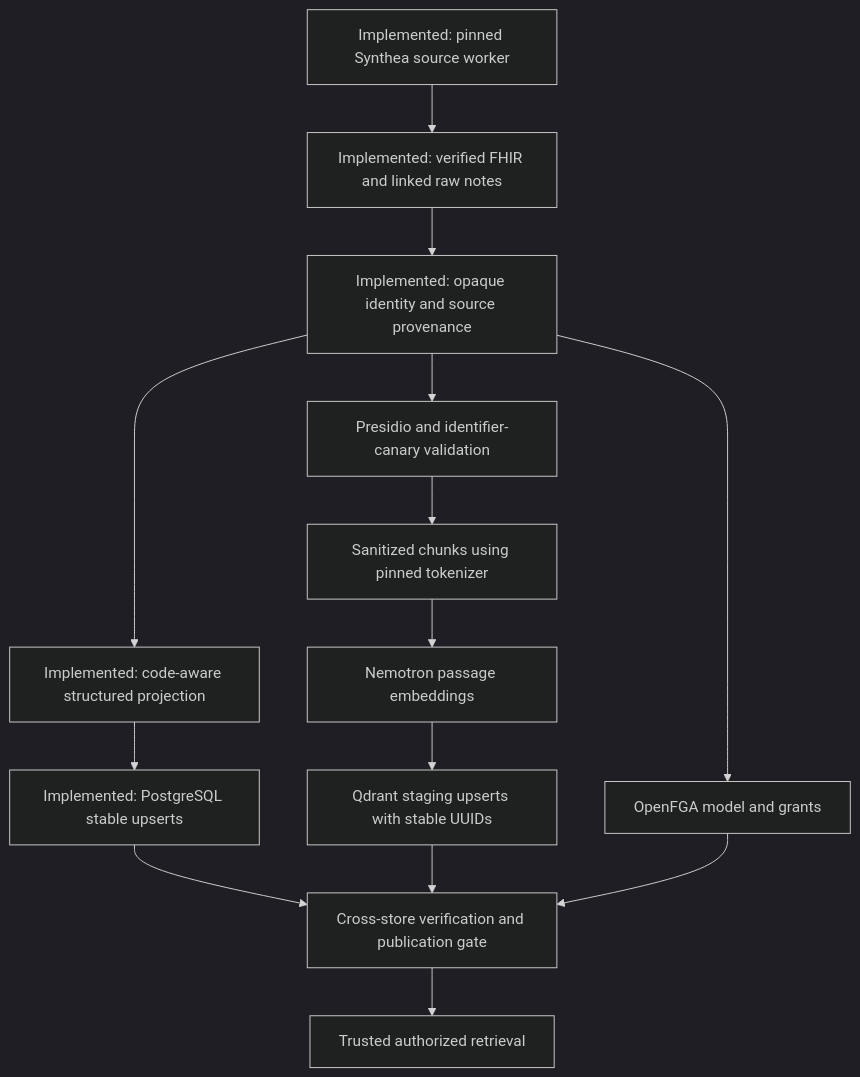
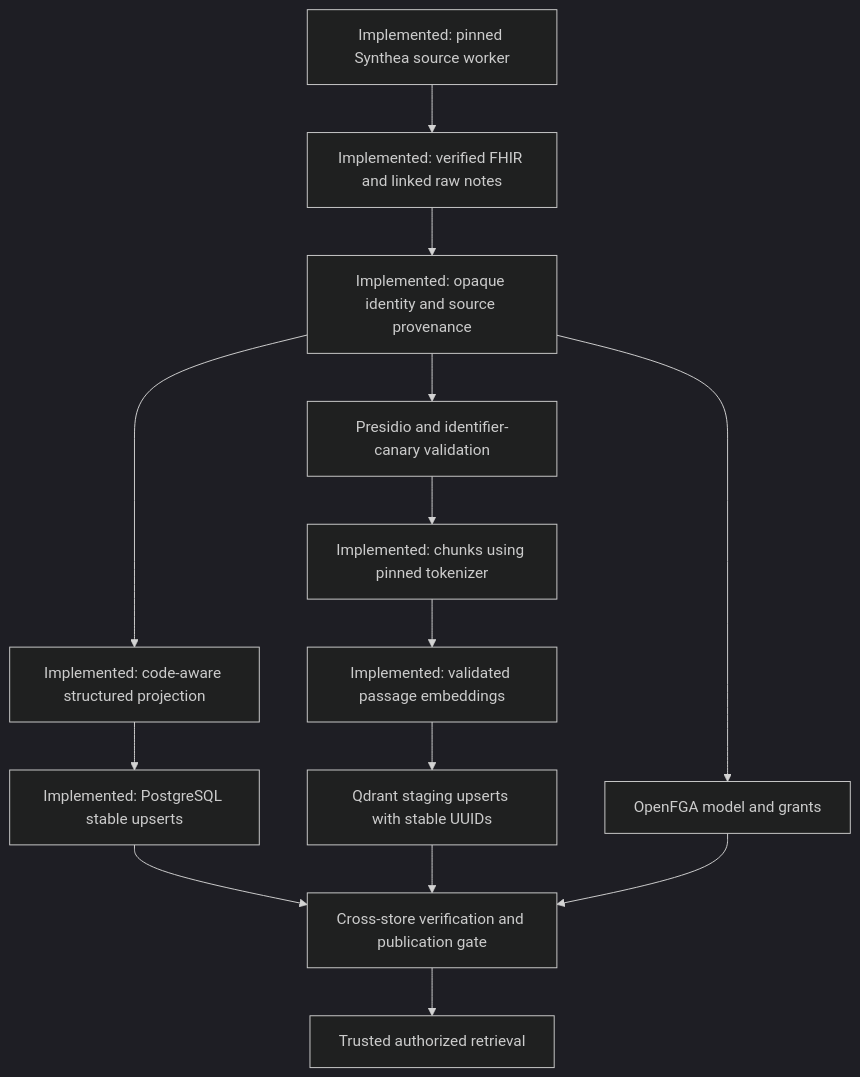
The diagram in backend/ingestion/RUNBOOK.md (Swiss-ai-Weeks/secure-clinical-agent), drawn with Mermaid (dark theme) before and after one commit. The commit also changed other lines of this file and 233 other files, not shown here.

````diff
--- a/backend/ingestion/RUNBOOK.md
+++ b/backend/ingestion/RUNBOOK.md
@@ -63,16 +63,16 @@
 ```mermaid
 flowchart TD
   S["Implemented: pinned Synthea source worker"] --> R["Implemented: verified FHIR and linked raw notes"]
   R --> I["Implemented: opaque identity and source provenance"]
   I --> F["Implemented: code-aware structured projection"]
   F --> P["Implemented: PostgreSQL stable upserts"]
   I --> D["Presidio and identifier-canary validation"]
-  D --> C["Sanitized chunks using pinned tokenizer"]
-  C --> E["Nemotron passage embeddings"]
+  D --> C["Implemented: chunks using pinned tokenizer"]
+  C --> E["Implemented: validated passage embeddings"]
   E --> Q["Qdrant staging upserts with stable UUIDs"]
   I --> A["OpenFGA model and grants"]
   P --> V["Cross-store verification and publication gate"]
   Q --> V
   A --> V
   V --> T["Trusted authorized retrieval"]
 ```
````
